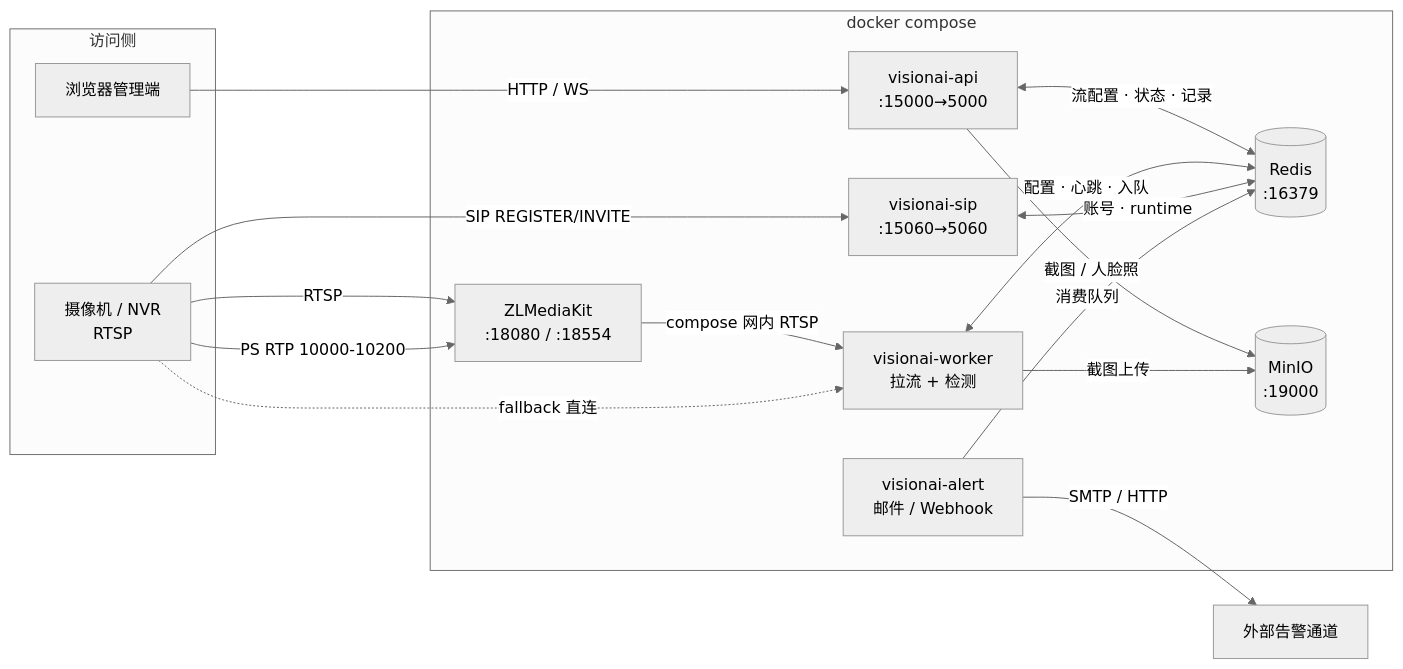
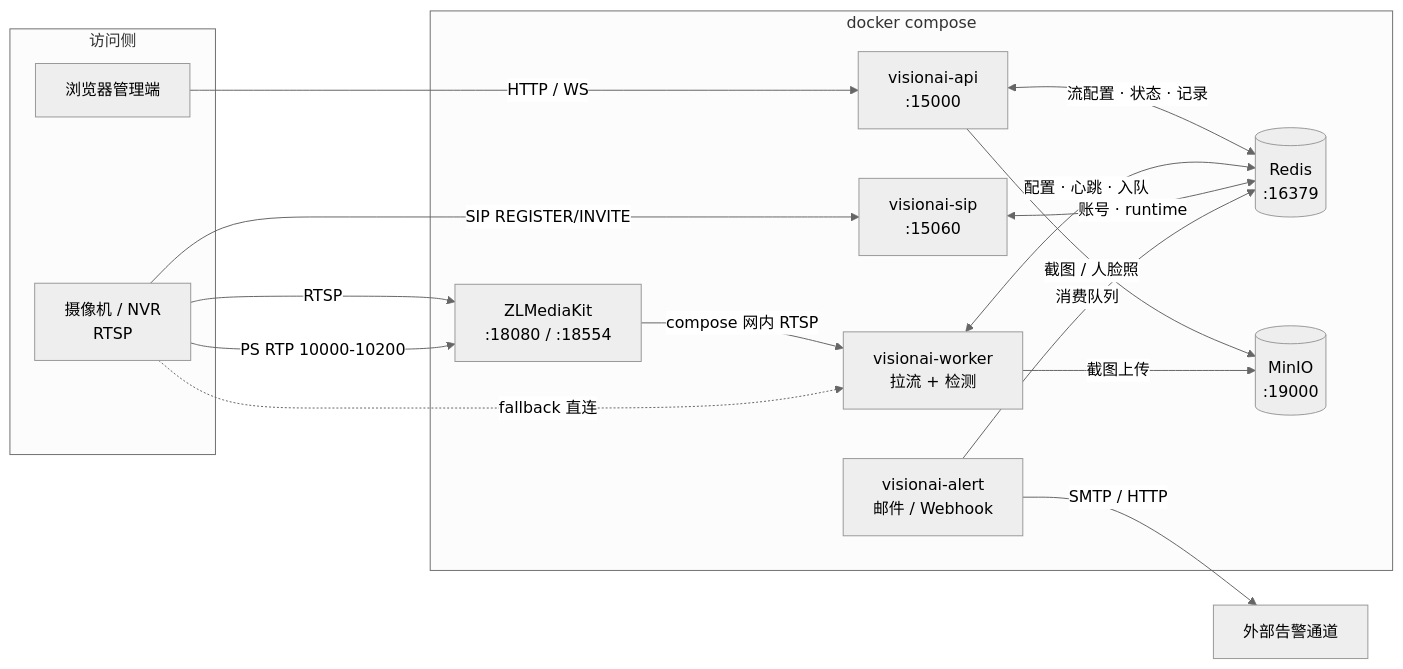
The first of 5 diagrams in docs/architecture.md (jiaxu-wang/JXVisionAI), drawn with Mermaid (neutral theme) before and after one commit. The commit also changed other lines of this file and 7 other files, not shown here.

````diff
--- a/docs/architecture.md
+++ b/docs/architecture.md
@@ -58,31 +58,31 @@
 ```mermaid
 flowchart LR
   subgraph clients [访问侧]
     Browser[浏览器管理端]
     Cam[摄像机 / NVR<br/>RTSP]
   end
 
   subgraph compose [docker compose]
-    API["visionai-api<br/>:15000→5000"]
+    API["visionai-api<br/>:15000"]
     Worker["visionai-worker<br/>拉流 + 检测"]
     AlertW["visionai-alert<br/>邮件 / Webhook"]
-    Sip["visionai-sip<br/>:15060→5060"]
+    Sip["visionai-sip<br/>:15060"]
     Redis[(Redis<br/>:16379)]
     MinIO[(MinIO<br/>:19000)]
     ZLM[ZLMediaKit<br/>:18080 / :18554]
   end
 
   Browser -->|HTTP / WS| API
   API <-->|流配置 · 状态 · 记录| Redis
   API -->|截图 / 人脸照| MinIO
   Worker <-->|配置 · 心跳 · 入队| Redis
   Worker -->|截图上传| MinIO
   Cam -->|RTSP| ZLM
   Cam -->|SIP REGISTER/INVITE| Sip
   Cam -->|PS RTP 10000-10200| ZLM
   Sip <-->|账号 · runtime| Redis
   ZLM -->|compose 网内 RTSP| Worker
   Cam -.->|fallback 直连| Worker
   AlertW -->|消费队列| Redis
   AlertW -->|SMTP / HTTP| Ext[外部告警通道]
 ```
````
